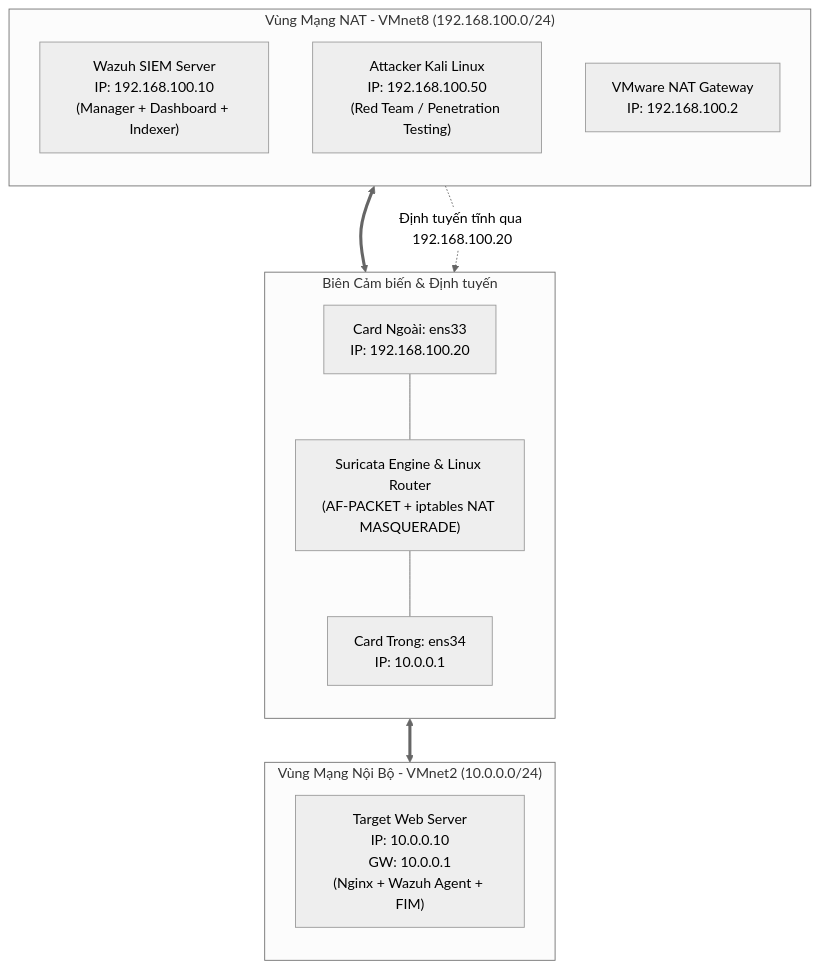
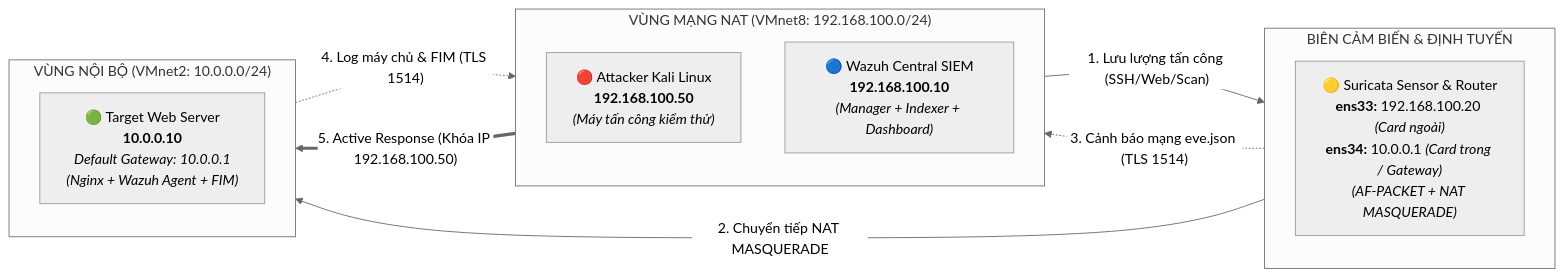
Before and after one commit to Team16S/soc-lab-wazuh-suricata: the first of 2 diagrams in README.md, drawn with Mermaid (neutral theme). The commit also changed other lines of this file, not shown here.

````diff
--- a/README.md
+++ b/README.md
@@ -90,26 +90,29 @@
 ```mermaid
-flowchart TD
-    subgraph VMN8["Vùng Mạng NAT - VMnet8 (192.168.100.0/24)"]
+flowchart LR
+    subgraph WAN["VÙNG MẠNG NAT (VMnet8: 192.168.100.0/24)"]
         direction TB
-        SIEM["Wazuh SIEM Server\nIP: 192.168.100.10\n(Manager + Dashboard + Indexer)"]
-        KALI["Attacker Kali Linux\nIP: 192.168.100.50\n(Red Team / Penetration Testing)"]
-        GW["VMware NAT Gateway\nIP: 192.168.100.2"]
+        KALI["🔴 Attacker Kali Linux<br/><b>192.168.100.50</b><br/><i>(Máy tấn công kiểm thử)</i>"]
+        SIEM["🔵 Wazuh Central SIEM<br/><b>192.168.100.10</b><br/><i>(Manager + Indexer + Dashboard)</i>"]
     end
 
-    subgraph SENSOR_NODE["Biên Cảm biến & Định tuyến"]
+    subgraph GATEWAY["BIÊN CẢM BIẾN & ĐỊNH TUYẾN"]
         direction TB
-        NIC1["Card Ngoài: ens33\nIP: 192.168.100.20"]
-        ROUTER["Suricata Engine & Linux Router\n(AF-PACKET + iptables NAT MASQUERADE)"]
-        NIC2["Card Trong: ens34\nIP: 10.0.0.1"]
-        NIC1 --- ROUTER --- NIC2
+        SENSOR["🟡 Suricata Sensor & Router<br/><b>ens33:</b> 192.168.100.20 <i>(Card ngoài)</i><br/><b>ens34:</b> 10.0.0.1 <i>(Card trong / Gateway)</i><br/><i>(AF-PACKET + NAT MASQUERADE)</i>"]
     end
 
-    subgraph VMN2["Vùng Mạng Nội Bộ - VMnet2 (10.0.0.0/24)"]
+    subgraph LAN["VÙNG NỘI BỘ (VMnet2: 10.0.0.0/24)"]
         direction TB
-        TARGET["Target Web Server\nIP: 10.0.0.10\nGW: 10.0.0.1\n(Nginx + Wazuh Agent + FIM)"]
+        TARGET["🟢 Target Web Server<br/><b>10.0.0.10</b><br/><i>Default Gateway: 10.0.0.1</i><br/><i>(Nginx + Wazuh Agent + FIM)</i>"]
     end
 
-    VMN8 <==> NIC1
-    NIC2 <==> VMN2
-    KALI -.->|"Định tuyến tĩnh qua 192.168.100.20"| SENSOR_NODE
+    %% Luồng lưu lượng mạng và tấn công
+    KALI -->|"1. Lưu lượng tấn công (SSH/Web/Scan)"| SENSOR
+    SENSOR -->|"2. Chuyển tiếp NAT MASQUERADE"| TARGET
+
+    %% Luồng telemetry đẩy log về SIEM
+    SENSOR -.->|"3. Cảnh báo mạng eve.json (TLS 1514)"| SIEM
+    TARGET -.->|"4. Log máy chủ & FIM (TLS 1514)"| SIEM
+
+    %% Luồng phản ứng Active Response
+    SIEM ==>|"5. Active Response (Khóa IP 192.168.100.50)"| TARGET
 ```
````
